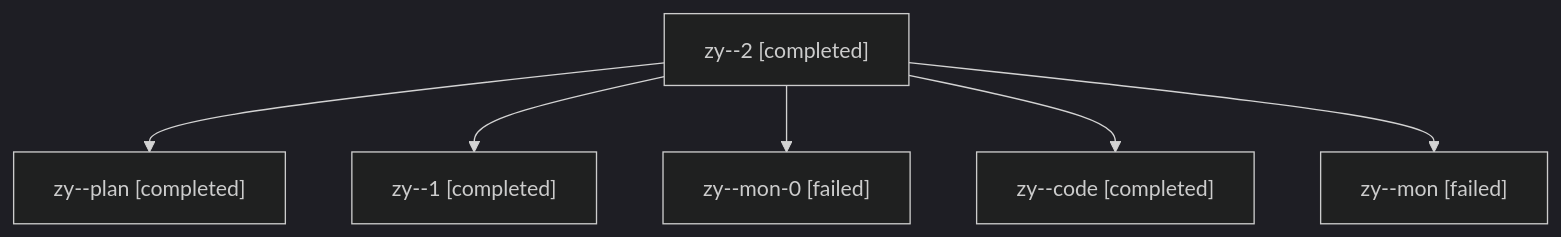
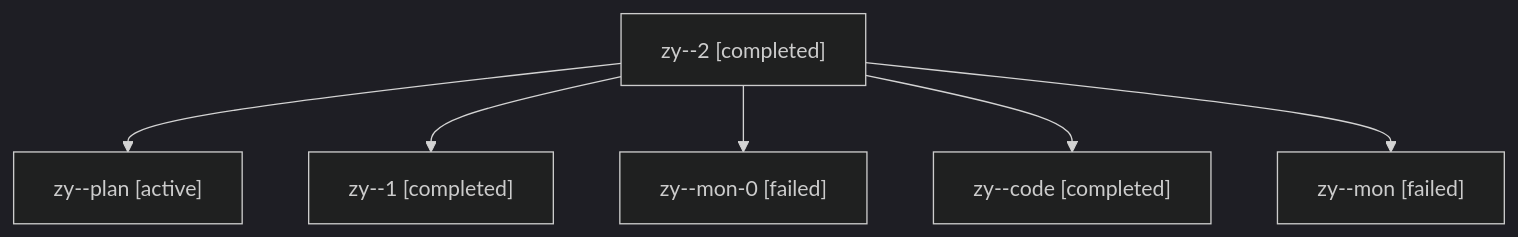
Before and after one commit to sase-org/sase--agents: the diagram in families/bbugyi200.athena.zy.md, drawn with Mermaid (dark theme). The commit also changed other lines of this file and 35830 other files, not shown here.

````diff
--- a/families/bbugyi200.athena.zy.md
+++ b/families/bbugyi200.athena.zy.md
@@ -9,14 +9,14 @@
 ```mermaid
 flowchart TD
   n0["zy--2 [completed]"]
-  n1["zy--plan [completed]"]
+  n1["zy--plan [active]"]
   n0 --> n1
   n2["zy--1 [completed]"]
   n0 --> n2
   n3["zy--mon-0 [failed]"]
   n0 --> n3
   n4["zy--code [completed]"]
   n0 --> n4
   n5["zy--mon [failed]"]
   n0 --> n5
 ```
````
